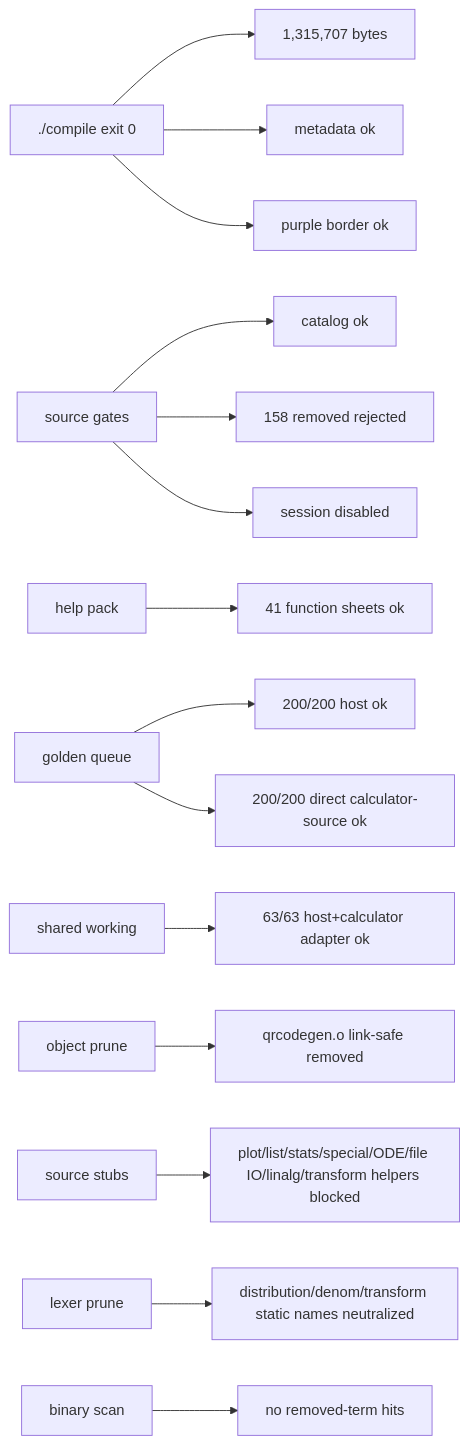
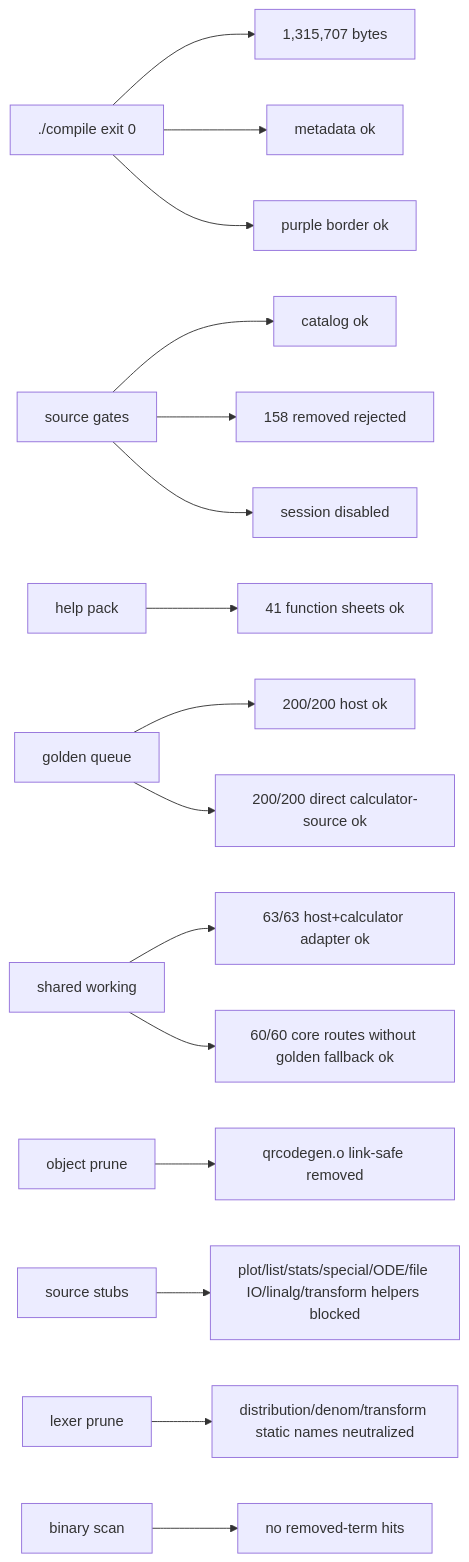
One commit to james8464/notes-addin-casio-fx-cg50 changed the seventh of 7 diagrams in docs/GRAPH.md. Above: the diagram before and after it, drawn with Mermaid. The commit also changed other lines of this file and 3 other files, not shown here.

Commit message:
test: guard generic working without golden fallback

````diff
--- a/docs/GRAPH.md
+++ b/docs/GRAPH.md
@@ -137,17 +138,18 @@
 ```mermaid
 graph LR
   Build["./compile exit 0"] --> Size["1,315,707 bytes"]
   Build --> Meta["metadata ok"]
   Build --> Border["purple border ok"]
   Source["source gates"] --> Catalog["catalog ok"]
   Source --> Removed["158 removed rejected"]
   Source --> Session["session disabled"]
   Help["help pack"] --> HelpQ["41 function sheets ok"]
   Queue["golden queue"] --> QueueRun["200/200 host ok"]
   Queue --> GoldenRun["200/200 direct calculator-source ok"]
   Shared["shared working"] --> SharedRun["63/63 host+calculator adapter ok"]
+  Shared --> CoreRun["60/60 core routes without golden fallback ok"]
   Obj["object prune"] --> QR["qrcodegen.o link-safe removed"]
   Macro["source stubs"] --> Stubbed["plot/list/stats/special/ODE/file IO/linalg/transform helpers blocked"]
   Static["lexer prune"] --> StaticRun["distribution/denom/transform static names neutralized"]
   Bin["binary scan"] --> NoLeak["no removed-term hits"]
 ```
````
